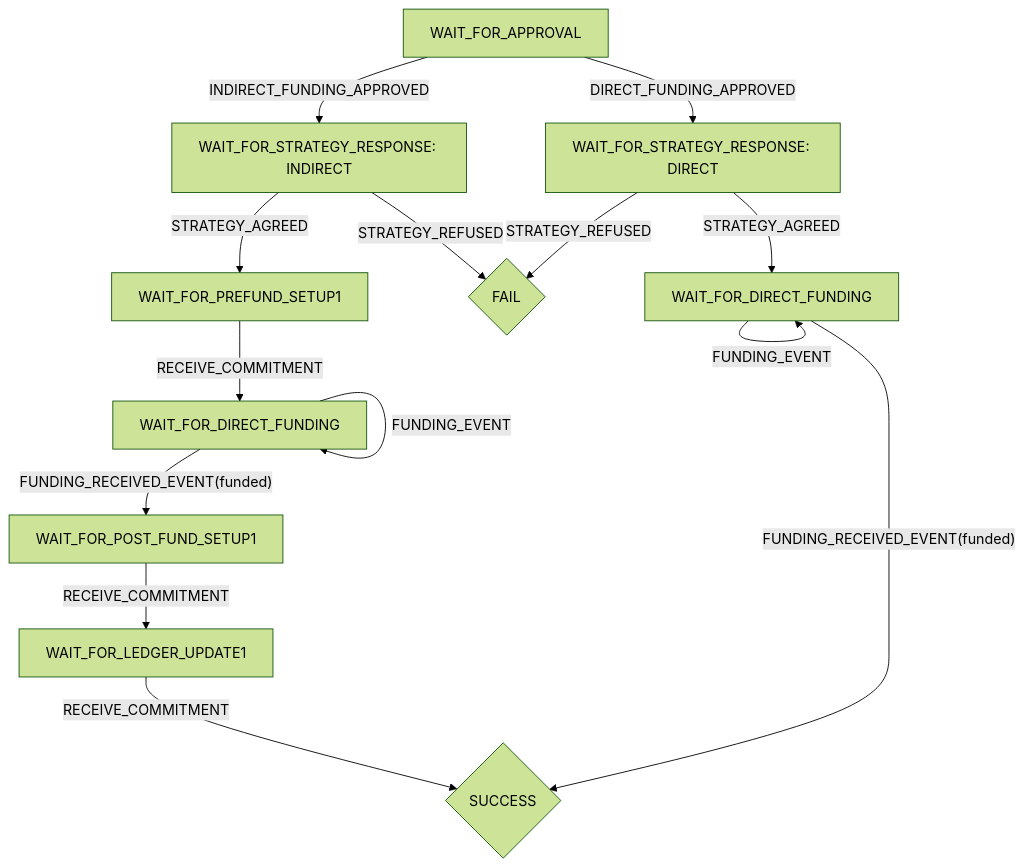
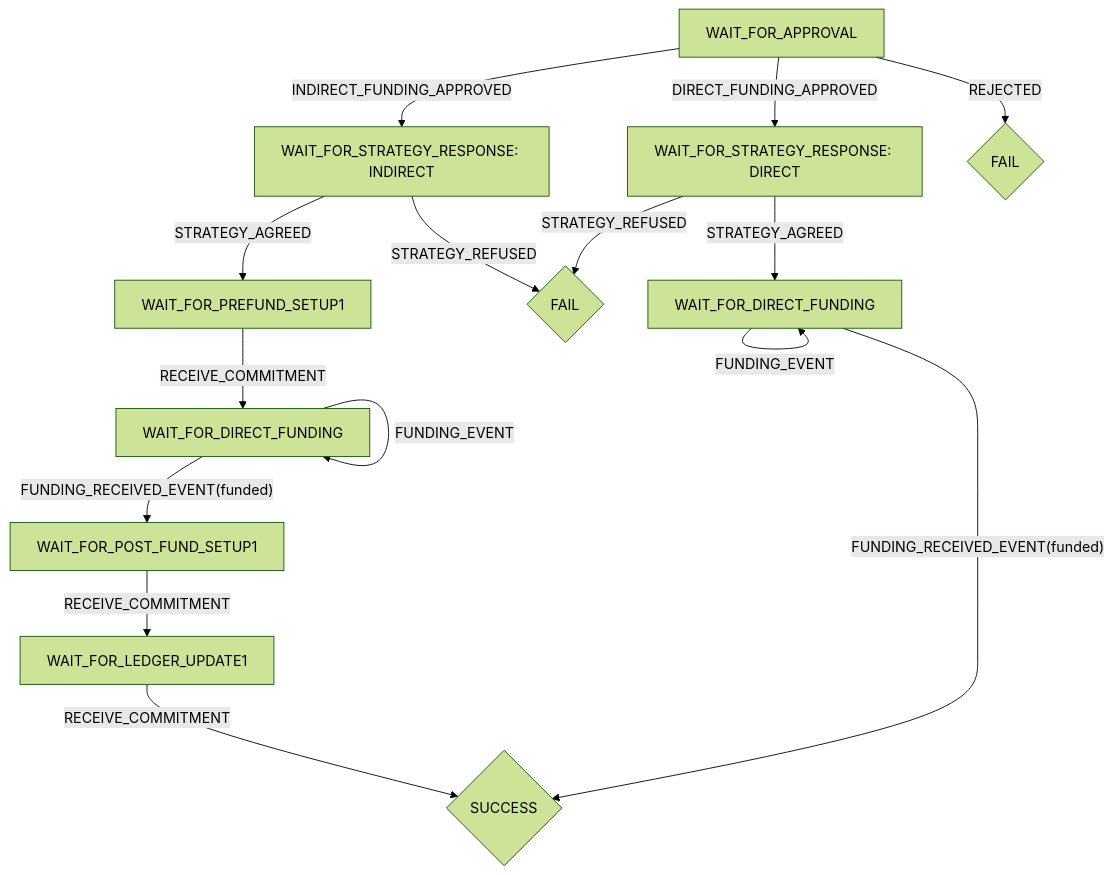
Before and after one commit to magmo/apps: the third of 4 diagrams in packages/wallet/src/redux/indirect-funding/readme.md, drawn with Mermaid (forest theme).

Commit message:
Add rejected option

````diff
--- a/packages/wallet/src/redux/indirect-funding/readme.md
+++ b/packages/wallet/src/redux/indirect-funding/readme.md
@@ -100,25 +100,26 @@
 ```mermaid
   graph TD
   linkStyle default interpolate basis
     WAIT_FOR_APPROVAL -->|INDIRECT_FUNDING_APPROVED| WAIT_FOR_INDIRECT_STRATEGY_RESPONSE[WAIT_FOR_STRATEGY_RESPONSE: INDIRECT]
     WAIT_FOR_APPROVAL -->|DIRECT_FUNDING_APPROVED| WAIT_FOR_DIRECT_STRATEGY_RESPONSE[WAIT_FOR_STRATEGY_RESPONSE: DIRECT]
+    WAIT_FOR_APPROVAL -->|REJECTED| earlyFail{FAIL}
 
     WAIT_FOR_INDIRECT_STRATEGY_RESPONSE -->|STRATEGY_AGREED| WAIT_FOR_PREFUND_SETUP1
     WAIT_FOR_INDIRECT_STRATEGY_RESPONSE -->|STRATEGY_REFUSED| fail{ FAIL }
 
     WAIT_FOR_PREFUND_SETUP1 -->|RECEIVE_COMMITMENT| indirect[WAIT_FOR_DIRECT_FUNDING]
 
     indirect[WAIT_FOR_DIRECT_FUNDING] -->|FUNDING_EVENT| indirect[WAIT_FOR_DIRECT_FUNDING]
     indirect[WAIT_FOR_DIRECT_FUNDING] -->|"FUNDING_RECEIVED_EVENT(funded)"| WAIT_FOR_POST_FUND_SETUP1
 
     WAIT_FOR_POST_FUND_SETUP1 --> |RECEIVE_COMMITMENT| WAIT_FOR_LEDGER_UPDATE1
 
     WAIT_FOR_LEDGER_UPDATE1 --> |RECEIVE_COMMITMENT| success{ SUCCESS }
 
     WAIT_FOR_DIRECT_STRATEGY_RESPONSE -->|STRATEGY_AGREED| direct[WAIT_FOR_DIRECT_FUNDING]
 
     direct[WAIT_FOR_DIRECT_FUNDING] -->|FUNDING_EVENT| direct[WAIT_FOR_DIRECT_FUNDING]
     direct[WAIT_FOR_DIRECT_FUNDING] -->|"FUNDING_RECEIVED_EVENT(funded)"| success{ SUCCESS }
 
     WAIT_FOR_DIRECT_STRATEGY_RESPONSE -->|STRATEGY_REFUSED| fail{ FAIL }
 ```
````
